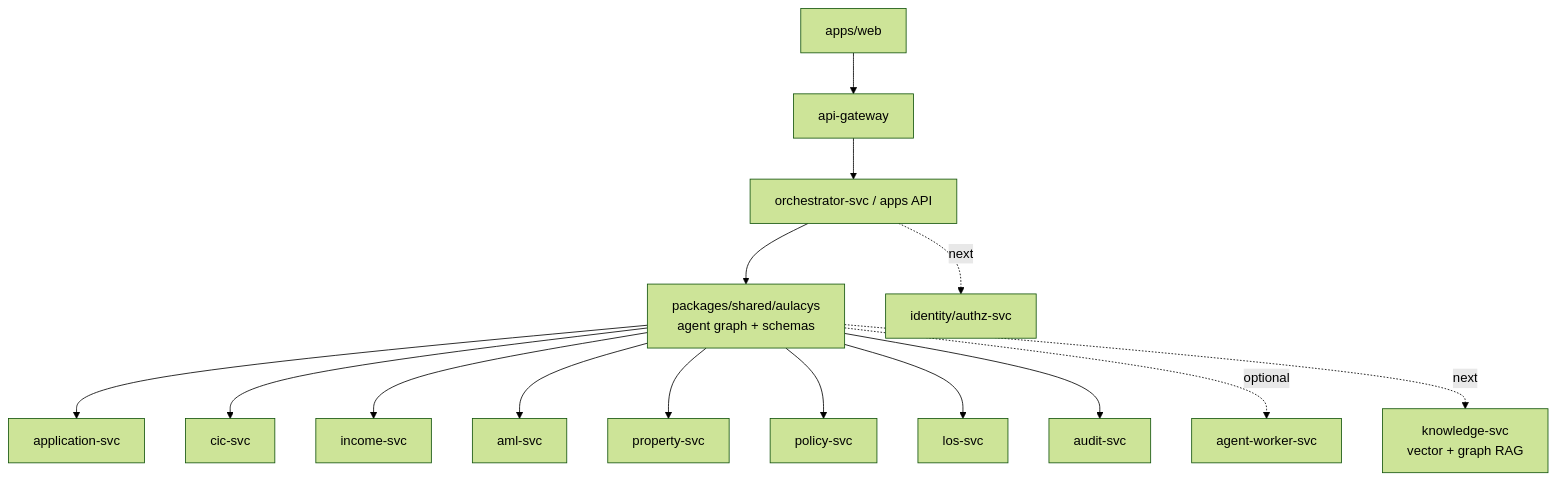
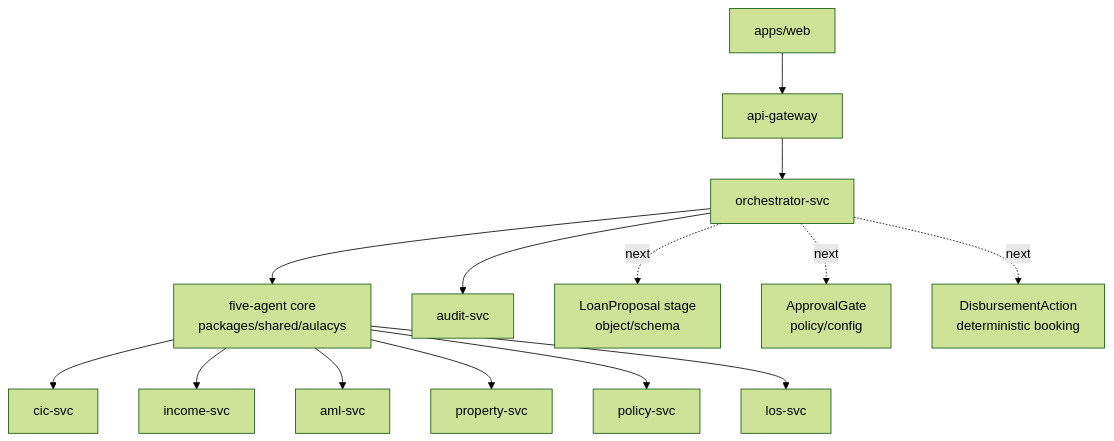
One commit to Tai-TZ/aulacys changed the third of 3 diagrams in docs/LIFECYCLE-MULTI-AGENT-ARCHITECTURE.md. Above: the diagram before and after it, drawn with Mermaid (forest theme). The commit also changed other lines of this file and 2 other files, not shown here.

Commit message:
docs(agents): clarify five-agent lifecycle

````diff
--- a/docs/LIFECYCLE-MULTI-AGENT-ARCHITECTURE.md
+++ b/docs/LIFECYCLE-MULTI-AGENT-ARCHITECTURE.md
@@ -104,19 +100,18 @@
 ```mermaid
 flowchart TB
     WEB["apps/web"] --> GW["api-gateway"]
-    GW --> ORC["orchestrator-svc / apps API"]
-    ORC --> SHARED["packages/shared/aulacys<br/>agent graph + schemas"]
+    GW --> ORC["orchestrator-svc"]
+    ORC --> AG["five-agent core<br/>packages/shared/aulacys"]
 
-    SHARED --> APP["application-svc"]
-    SHARED --> CIC["cic-svc"]
-    SHARED --> INC["income-svc"]
-    SHARED --> AML["aml-svc"]
-    SHARED --> PROP["property-svc"]
-    SHARED --> POL["policy-svc"]
-    SHARED --> LOS["los-svc"]
-    SHARED --> AUD["audit-svc"]
-    SHARED -. optional .-> WRK["agent-worker-svc"]
+    AG --> CIC["cic-svc"]
+    AG --> INC["income-svc"]
+    AG --> AML["aml-svc"]
+    AG --> PROP["property-svc"]
+    AG --> POL["policy-svc"]
+    AG --> LOS["los-svc"]
+    ORC --> AUD["audit-svc"]
 
-    ORC -. next .-> ID["identity/authz-svc"]
-    SHARED -. next .-> KB["knowledge-svc<br/>vector + graph RAG"]
+    ORC -. next .-> PROPOSAL["LoanProposal stage<br/>object/schema"]
+    ORC -. next .-> APPROVAL["ApprovalGate<br/>policy/config"]
+    ORC -. next .-> DISB["DisbursementAction<br/>deterministic booking"]
 ```
````
